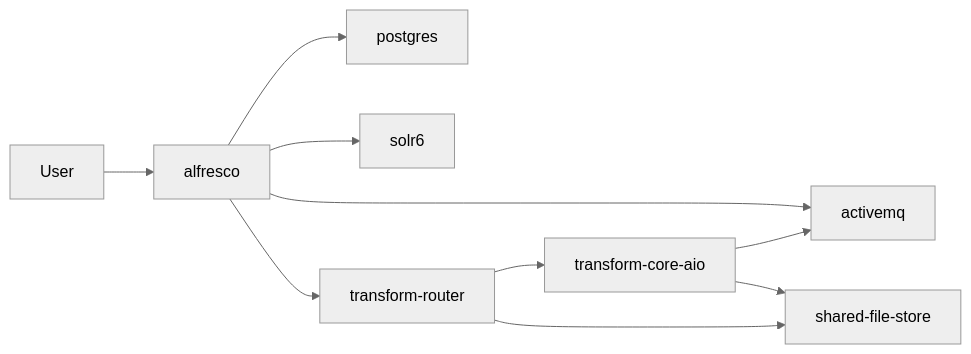
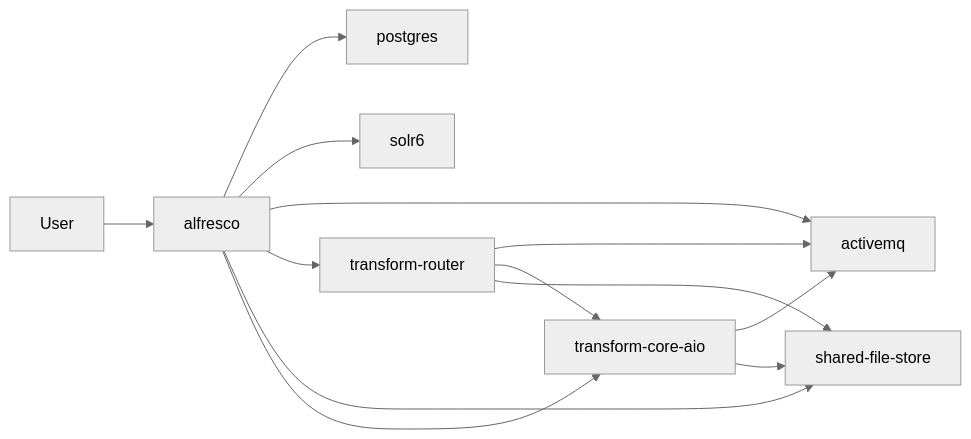
The fourth of 12 diagrams in README.md (aborroy/alfresco-onprem-to-cloud-lab), drawn with Mermaid (neutral theme) before and after one commit. The commit also changed other lines of this file, not shown here.

Commit message:
Fix mermaid diagrams

````diff
--- a/README.md
+++ b/README.md
@@ -206,12 +209,15 @@
 ```mermaid
 flowchart LR
   user["User"] --> repo["alfresco"]
   repo --> db["postgres"]
   repo --> solr["solr6"]
   repo --> mq["activemq"]
   repo --> tr["transform-router"]
+  repo --> sfs["shared-file-store"]
+  repo --> aio["transform-core-aio"]
+  tr --> mq
   tr --> aio["transform-core-aio"]
   tr --> sfs["shared-file-store"]
   aio --> mq
   aio --> sfs
 ```
````
